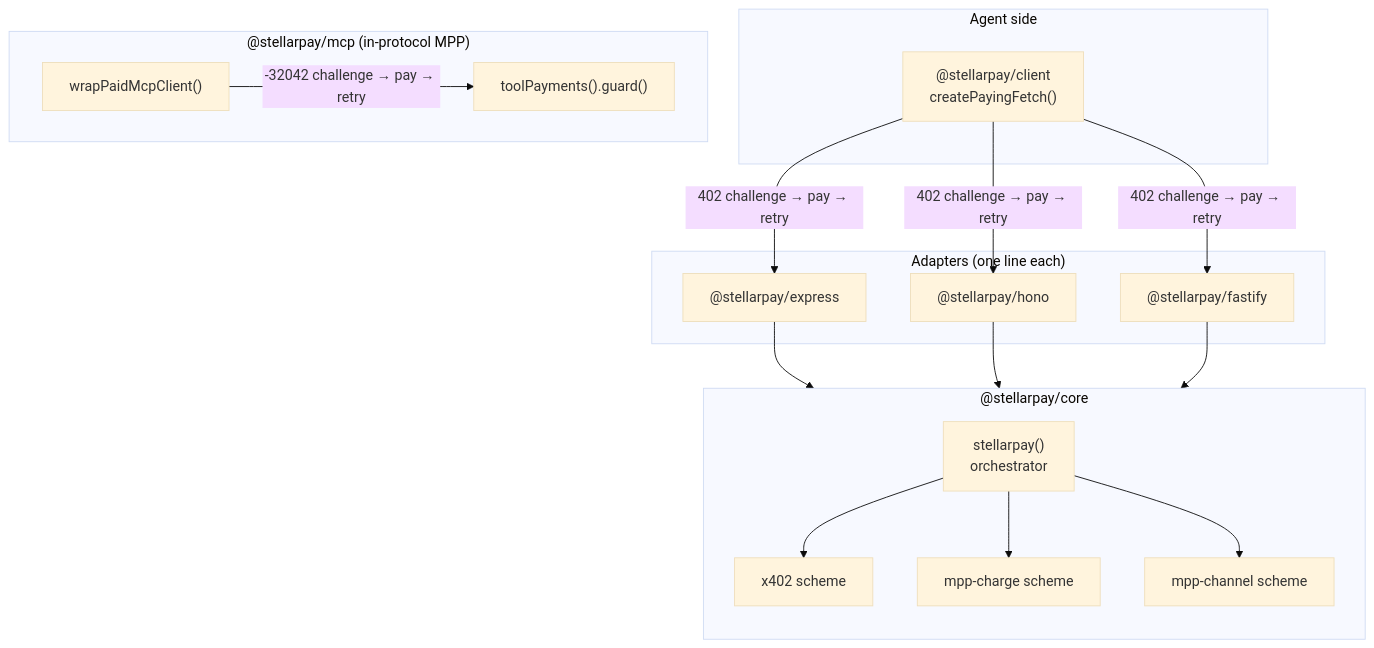
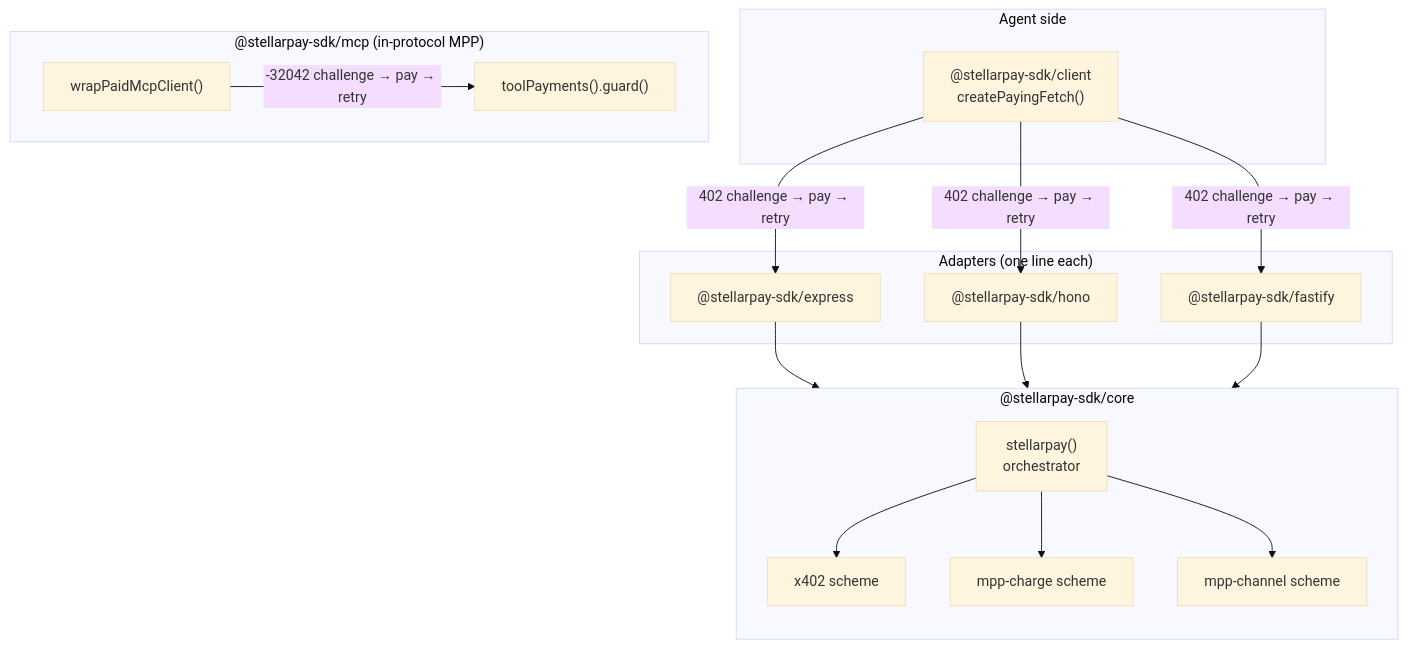
The diagram in README.md (yripper/stellarpay), drawn with Mermaid (base theme) before and after one commit. The commit also changed other lines of this file and 65 other files, not shown here.

First line of the commit message:
chore!: rename npm scope to @stellarpay-sdk

````diff
--- a/README.md
+++ b/README.md
@@ -65,35 +65,35 @@
 ```mermaid
 flowchart TB
-    subgraph Core["@stellarpay/core"]
+    subgraph Core["@stellarpay-sdk/core"]
         direction TB
         Orchestrator["stellarpay()<br/>orchestrator"]
         X402S["x402 scheme"]
         ChargeS["mpp-charge scheme"]
         ChannelS["mpp-channel scheme"]
         Orchestrator --> X402S
         Orchestrator --> ChargeS
         Orchestrator --> ChannelS
     end
 
     subgraph Adapters["Adapters (one line each)"]
-        Express["@stellarpay/express"]
-        Hono["@stellarpay/hono"]
-        Fastify["@stellarpay/fastify"]
+        Express["@stellarpay-sdk/express"]
+        Hono["@stellarpay-sdk/hono"]
+        Fastify["@stellarpay-sdk/fastify"]
     end
     Express --> Orchestrator
     Hono --> Orchestrator
     Fastify --> Orchestrator
 
     subgraph AgentSide["Agent side"]
-        PayFetch["@stellarpay/client<br/>createPayingFetch()"]
+        PayFetch["@stellarpay-sdk/client<br/>createPayingFetch()"]
     end
     PayFetch -- "402 challenge → pay → retry" --> Express
     PayFetch -- "402 challenge → pay → retry" --> Hono
     PayFetch -- "402 challenge → pay → retry" --> Fastify
 
-    subgraph McpSide["@stellarpay/mcp (in-protocol MPP)"]
+    subgraph McpSide["@stellarpay-sdk/mcp (in-protocol MPP)"]
         ToolGuard["toolPayments().guard()"]
         PaidClient["wrapPaidMcpClient()"]
     end
     PaidClient -- "-32042 challenge → pay → retry" --> ToolGuard
 ```
````
